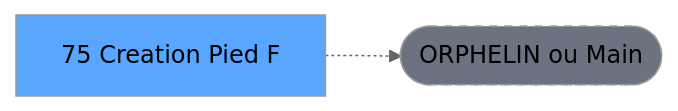
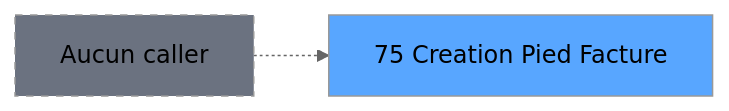
The second of 3 diagrams in .openspec/specs/ADH-IDE-75.md (thonyAGP/lecteur-magic), drawn with Mermaid (neutral theme) before and after one commit. The commit also changed other lines of this file and 96 other files, not shown here.

````diff
--- a/.openspec/specs/ADH-IDE-75.md
+++ b/.openspec/specs/ADH-IDE-75.md
@@ -117,8 +173,8 @@
 ```mermaid
 graph LR
-    T[75 Creation Pied F]
-    ORPHAN([ORPHELIN ou Main])
-    T -.-> ORPHAN
-    style T fill:#58a6ff,color:#000
-    style ORPHAN fill:#6b7280,stroke-dasharray: 5 5
+    T75[75 Creation Pied Facture]
+    style T75 fill:#58a6ff
+    NONE[Aucun caller]
+    NONE -.-> T75
+    style NONE fill:#6b7280,stroke-dasharray: 5 5
 ```
````
